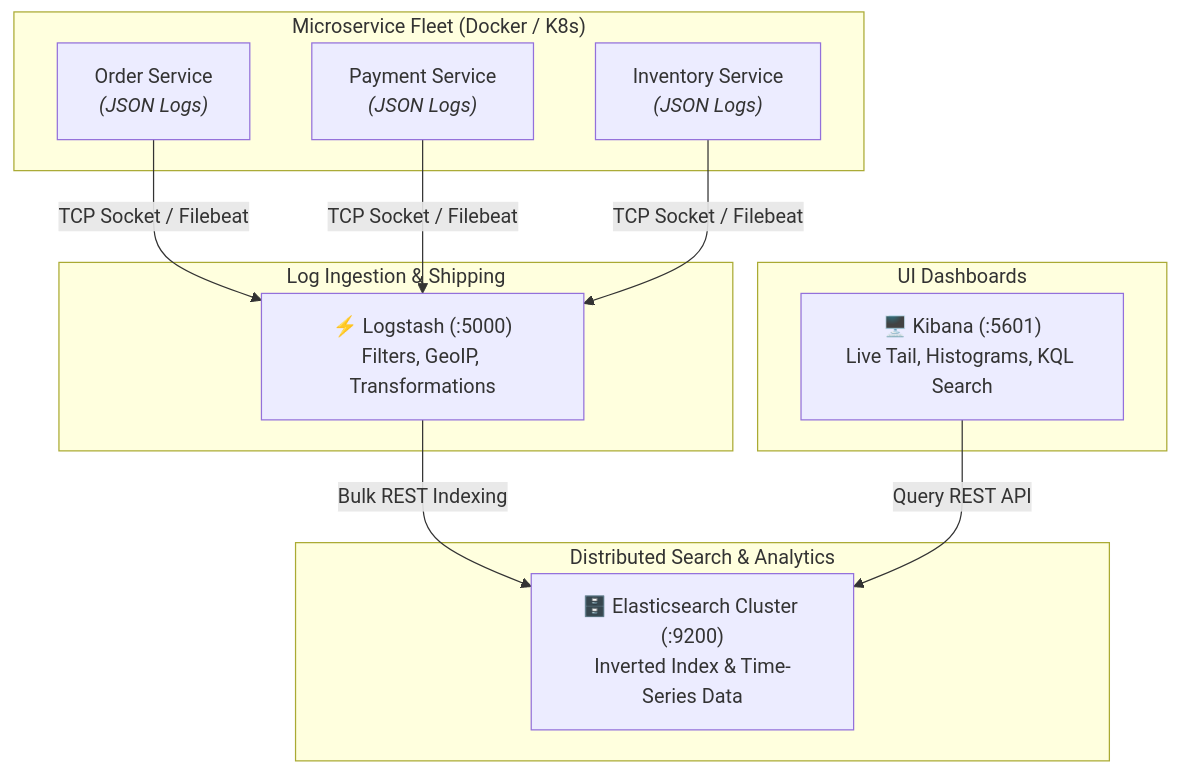
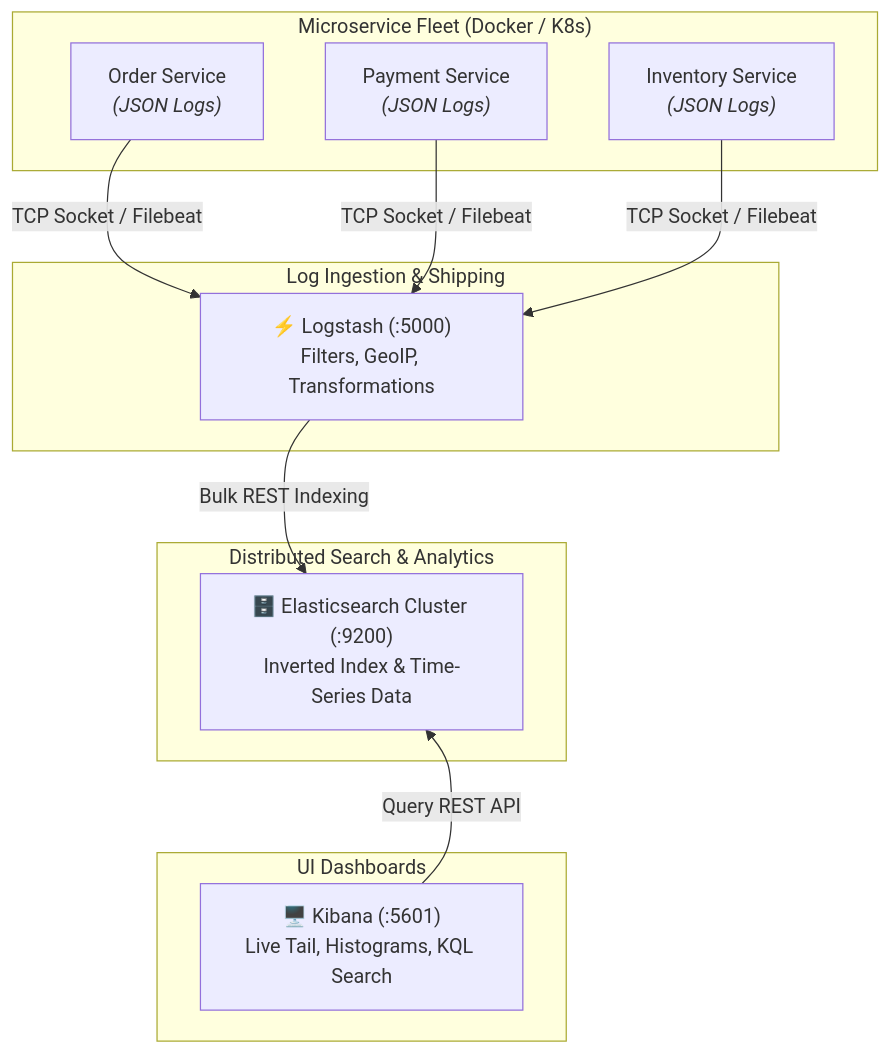
Before and after one commit to Rohit1024/spring-boot-mastery: the first of 3 diagrams in docs/lessons/0022-centralized-logging-elk-stack.md, drawn with Mermaid. The commit also changed other lines of this file and 42 other files, not shown here.

````diff
--- a/docs/lessons/0022-centralized-logging-elk-stack.md
+++ b/docs/lessons/0022-centralized-logging-elk-stack.md
@@ -15,27 +15,29 @@
 ``` mermaid
 flowchart TD
     subgraph Microservices["Microservice Fleet (Docker / K8s)"]
         S1["Order Service<br/><i>(JSON Logs)</i>"]
         S2["Payment Service<br/><i>(JSON Logs)</i>"]
         S3["Inventory Service<br/><i>(JSON Logs)</i>"]
     end
 
     subgraph LogShipper["Log Ingestion & Shipping"]
         Logstash["⚡ Logstash (:5000)<br/>Filters, GeoIP, Transformations"]
     end
 
     subgraph Storage["Distributed Search & Analytics"]
         ES["🗄️ Elasticsearch Cluster (:9200)<br/>Inverted Index & Time-Series Data"]
     end
 
     subgraph Visualization["UI Dashboards"]
         Kibana["🖥️ Kibana (:5601)<br/>Live Tail, Histograms, KQL Search"]
     end
 
     S1 -->|TCP Socket / Filebeat| Logstash
     S2 -->|TCP Socket / Filebeat| Logstash
     S3 -->|TCP Socket / Filebeat| Logstash
     
     Logstash -->|Bulk REST Indexing| ES
     Kibana -->|Query REST API| ES
+
+    Microservices ~~~ LogShipper ~~~ Storage ~~~ Visualization
 ```
````
